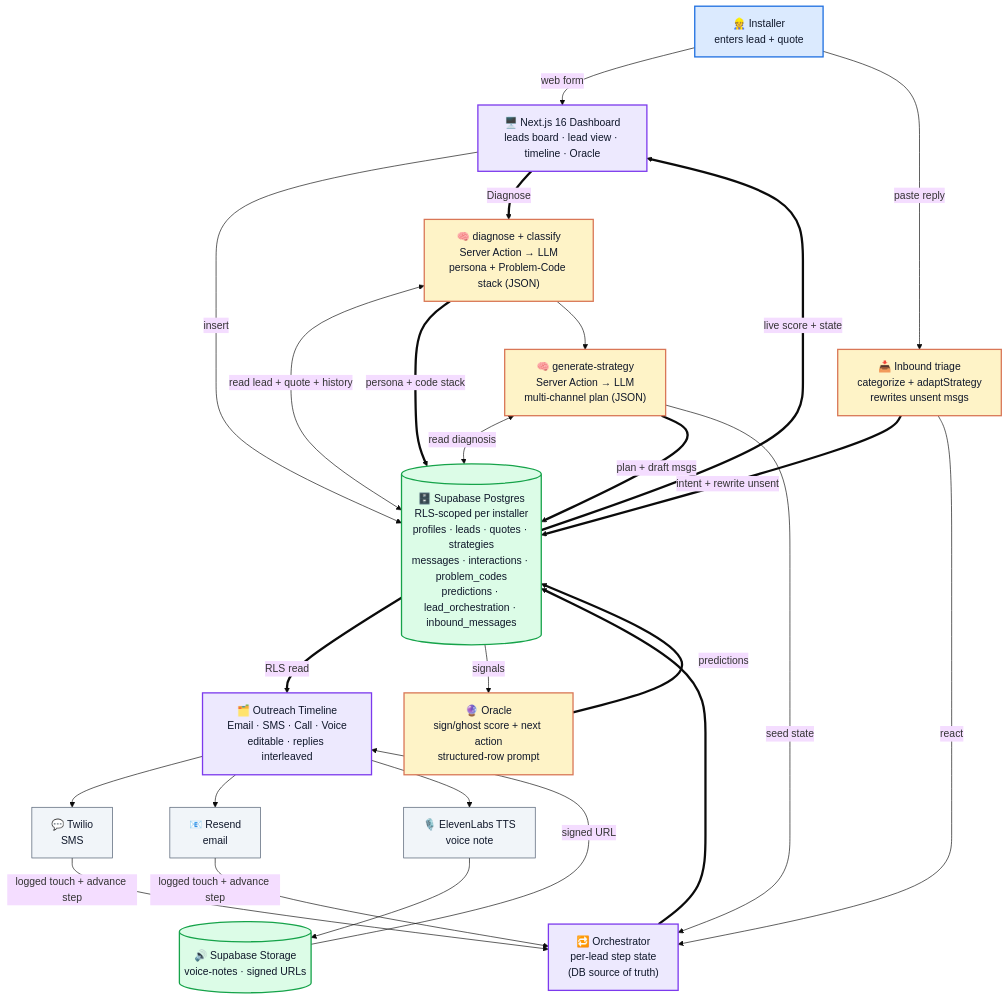
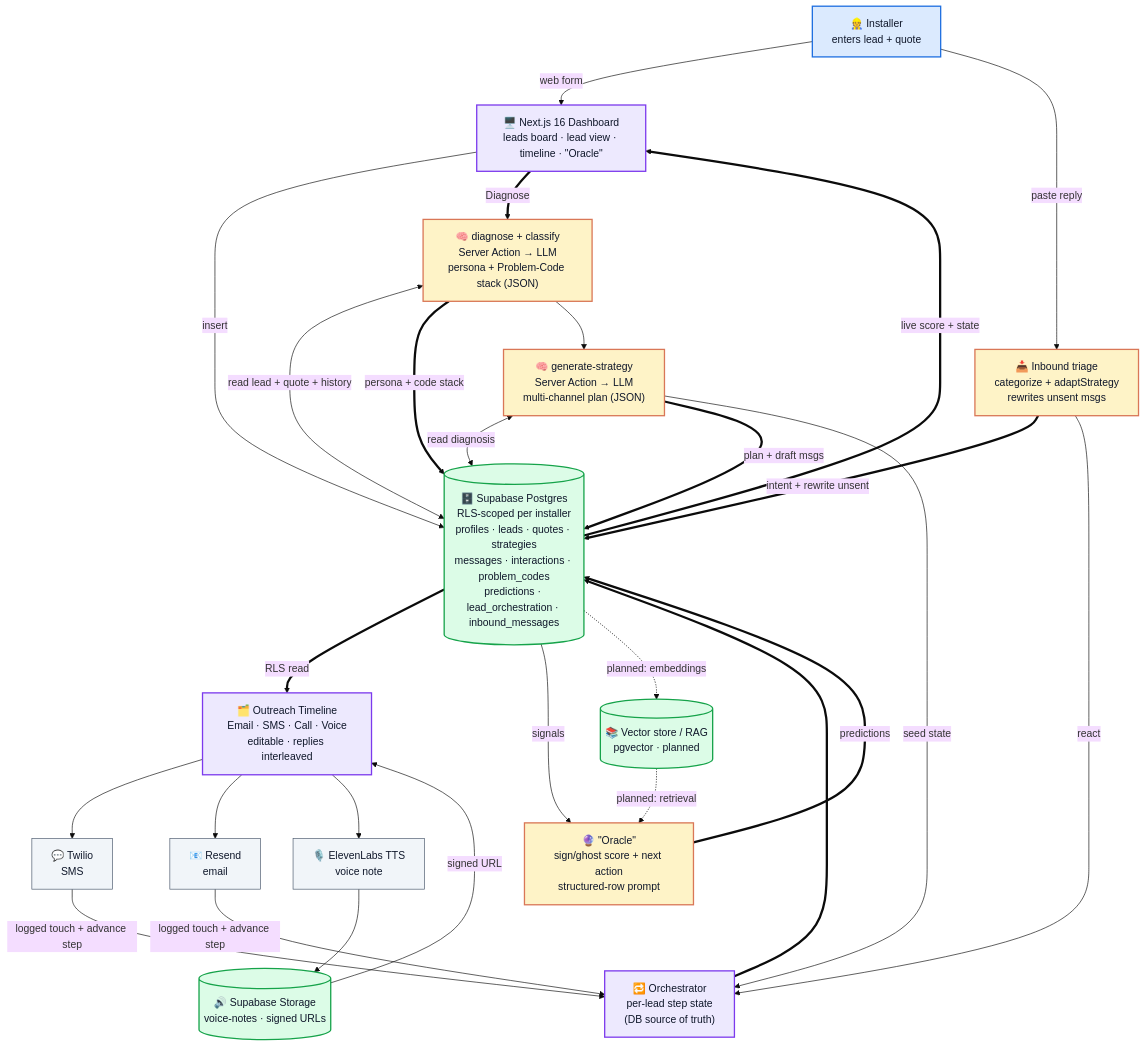
One commit to ibxibx/reonic-hackathon changed the diagram in README.md. Above: the diagram before and after it, drawn with Mermaid (base theme). The commit also changed other lines of this file and 1 other file, not shown here.

Commit message:
docs: remove duplicate root PRD (keep canonical prd/PRD.md); repoint + hyperlink 40-code taxonomy links; quote Oracle to avoid brand confusion; restore vector store/RAG as planned

````diff
--- a/README.md
+++ b/README.md
@@ -228,47 +229,50 @@
 ```mermaid
 flowchart TD
     classDef installer fill:#dbeafe,stroke:#1e6fe0,stroke-width:2px,color:#0f172a
     classDef app fill:#ede9fe,stroke:#7c3aed,stroke-width:2px,color:#0f172a
     classDef brain fill:#fef3c7,stroke:#d97757,stroke-width:2px,color:#0f172a
     classDef data fill:#dcfce7,stroke:#16a34a,stroke-width:2px,color:#0f172a
     classDef channel fill:#f1f5f9,stroke:#475569,color:#0f172a
 
     I["👷 Installer<br/>enters lead + quote"]:::installer
-    UI["🖥️ Next.js 16 Dashboard<br/>leads board · lead view · timeline · Oracle"]:::app
+    UI["🖥️ Next.js 16 Dashboard<br/>leads board · lead view · timeline · &quot;Oracle&quot;"]:::app
     SB[("🗄️ Supabase Postgres<br/>RLS-scoped per installer<br/>profiles · leads · quotes · strategies<br/>messages · interactions · problem_codes<br/>predictions · lead_orchestration · inbound_messages")]:::data
     DIAG["🧠 diagnose + classify<br/>Server Action → LLM<br/>persona + Problem-Code stack (JSON)"]:::brain
     GEN["🧠 generate-strategy<br/>Server Action → LLM<br/>multi-channel plan (JSON)"]:::brain
-    ORC["🔮 Oracle<br/>sign/ghost score + next action<br/>structured-row prompt"]:::brain
+    ORC["🔮 &quot;Oracle&quot;<br/>sign/ghost score + next action<br/>structured-row prompt"]:::brain
     ORCH["🔁 Orchestrator<br/>per-lead step state<br/>(DB source of truth)"]:::app
     INB["📥 Inbound triage<br/>categorize + adaptStrategy<br/>rewrites unsent msgs"]:::brain
     TL["🗂️ Outreach Timeline<br/>Email · SMS · Call · Voice<br/>editable · replies interleaved"]:::app
     SMS["💬 Twilio<br/>SMS"]:::channel
     EM["📧 Resend<br/>email"]:::channel
     EL["🎙️ ElevenLabs TTS<br/>voice note"]:::channel
     ST[("🔊 Supabase Storage<br/>voice-notes · signed URLs")]:::data
+    RAG[("📚 Vector store / RAG<br/>pgvector · planned")]:::data
 
     I -->|"web form"| UI
     UI -->|"insert"| SB
     UI ==>|"Diagnose"| DIAG
     DIAG <-->|"read lead + quote + history"| SB
     DIAG ==>|"persona + code stack"| SB
     DIAG --> GEN
     GEN <-->|"read diagnosis"| SB
     GEN ==>|"plan + draft msgs"| SB
     GEN -->|"seed state"| ORCH
     SB ==>|"RLS read"| TL
     TL --> SMS
     TL --> EM
     TL --> EL
     EL --> ST
     ST -->|"signed URL"| TL
     SMS -->|"logged touch + advance step"| ORCH
     EM -->|"logged touch + advance step"| ORCH
     ORCH ==> SB
     I -->|"paste reply"| INB
     INB ==>|"intent + rewrite unsent"| SB
     INB -->|"react"| ORCH
     SB -->|"signals"| ORC
+    SB -.->|"planned: embeddings"| RAG
+    RAG -.->|"planned: retrieval"| ORC
     ORC ==>|"predictions"| SB
     SB ==>|"live score + state"| UI
 ```
````
